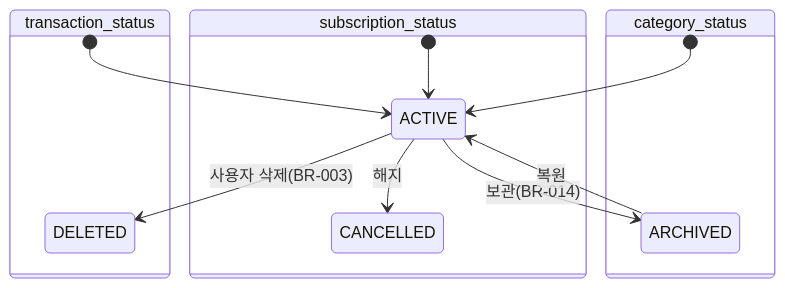
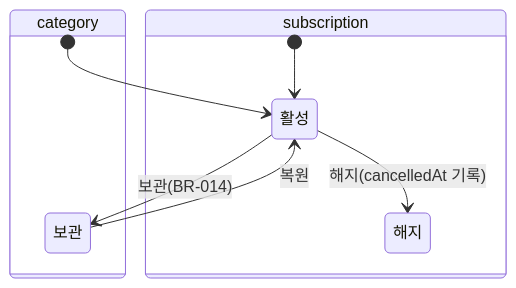
Before and after one commit to kjjyyy01/sseum: the diagram in docs/prd/09_도메인규칙_상태전이.md, drawn with Mermaid. The commit also changed other lines of this file and 82 other files, not shown here.

````diff
--- a/docs/prd/09_도메인규칙_상태전이.md
+++ b/docs/prd/09_도메인규칙_상태전이.md
@@ -34,16 +35,12 @@
 ```mermaid
 stateDiagram-v2
-    state transaction_status {
-        [*] --> ACTIVE
-        ACTIVE --> DELETED: 사용자 삭제(BR-003)
+    state category {
+        [*] --> 활성
+        활성 --> 보관: 보관(BR-014)
+        보관 --> 활성: 복원
     }
-    state category_status {
-        [*] --> ACTIVE
-        ACTIVE --> ARCHIVED: 보관(BR-014)
-        ARCHIVED --> ACTIVE: 복원
-    }
-    state subscription_status {
-        [*] --> ACTIVE
-        ACTIVE --> CANCELLED: 해지
+    state subscription {
+        [*] --> 활성
+        활성 --> 해지: 해지(cancelledAt 기록)
     }
 ```
````
